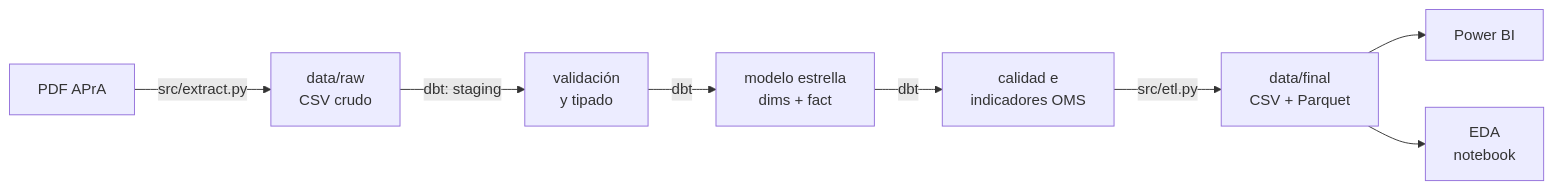
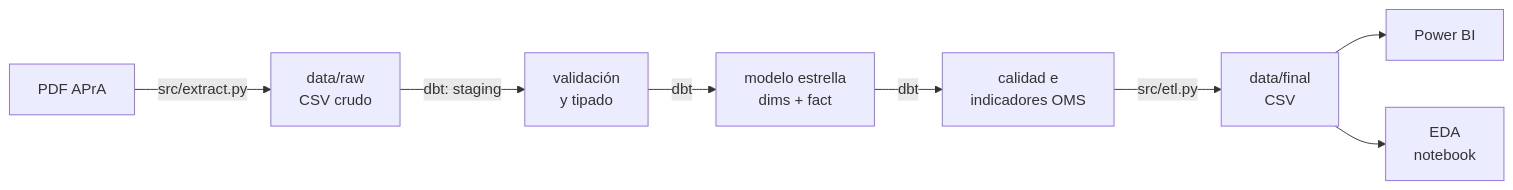
The diagram in README.md (ezequielmaranda/nox-ciudad), drawn with Mermaid before and after one commit. The commit also changed other lines of this file and 84 other files, not shown here.

````diff
--- a/README.md
+++ b/README.md
@@ -220,10 +211,10 @@
 ```mermaid
 flowchart LR
     A["PDF APrA"] -- "src/extract.py" --> B["data/raw<br/>CSV crudo"]
     B -- "dbt: staging" --> C["validación<br/>y tipado"]
     C -- "dbt" --> D["modelo estrella<br/>dims + fact"]
     D -- "dbt" --> E["calidad e<br/>indicadores OMS"]
-    E -- "src/etl.py" --> F["data/final<br/>CSV + Parquet"]
+    E -- "src/etl.py" --> F["data/final<br/>CSV"]
     F --> G["Power BI"]
     F --> H["EDA<br/>notebook"]
 ```
````
